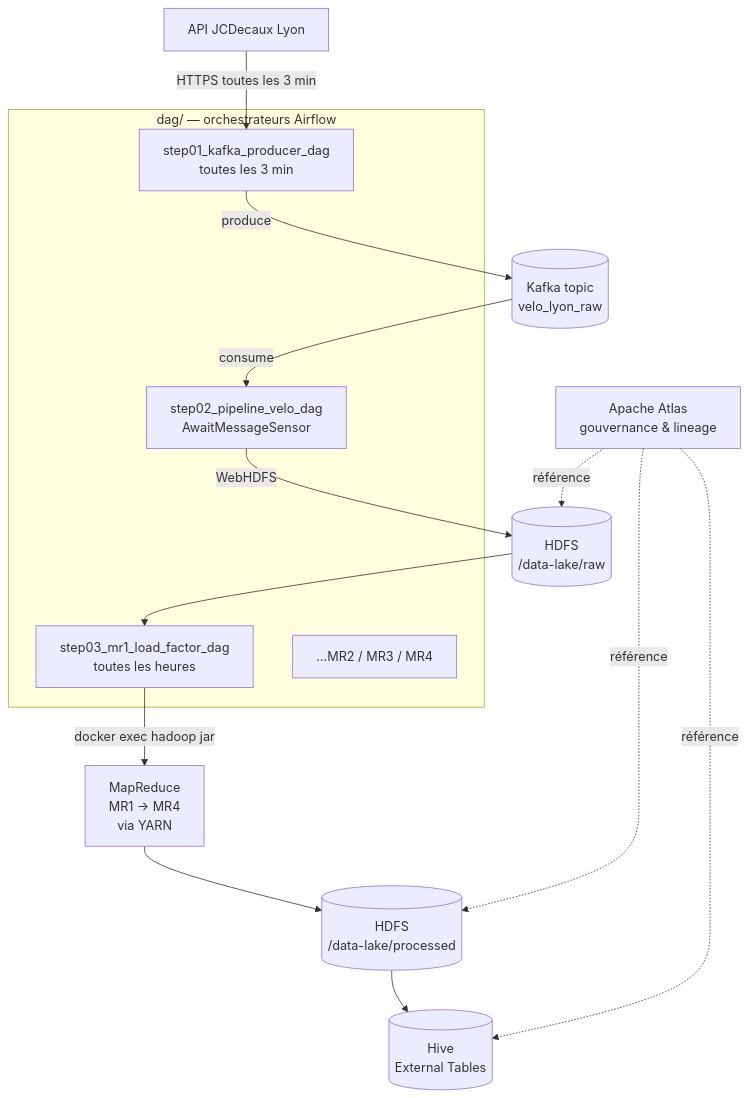
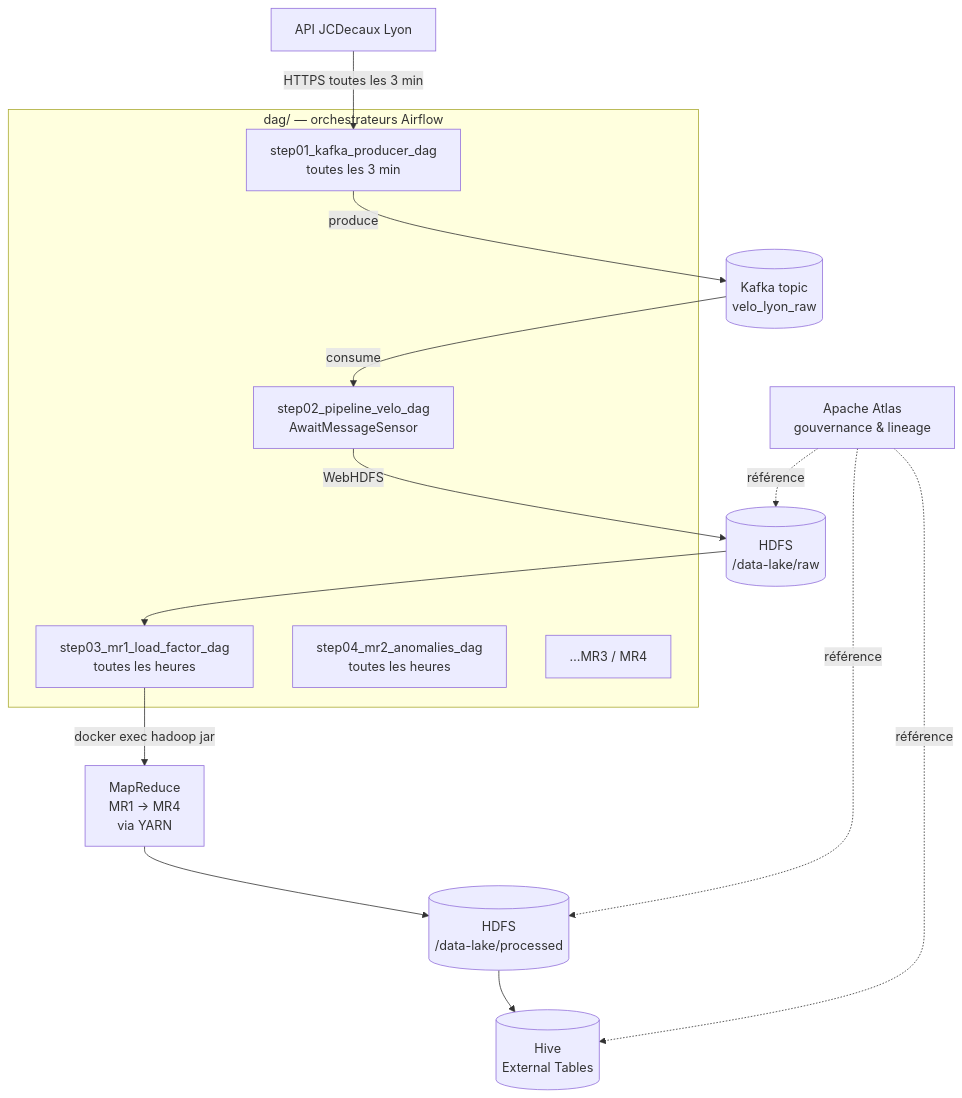
One commit to alexishs/velos_lyon changed the diagram in README.md. Above: the diagram before and after it, drawn with Mermaid. The commit also changed other lines of this file and 4 other files, not shown here.

````diff
--- a/README.md
+++ b/README.md
@@ -20,30 +20,31 @@
 ```mermaid
 flowchart TD
     API[API JCDecaux Lyon]
     KAFKA[(Kafka topic<br/>velo_lyon_raw)]
     RAW[(HDFS<br/>/data-lake/raw)]
     MR[MapReduce<br/>MR1 → MR4<br/>via YARN]
     PROC[(HDFS<br/>/data-lake/processed)]
     HIVE[(Hive<br/>External Tables)]
     ATLAS[Apache Atlas<br/>gouvernance & lineage]
 
     subgraph dags["dag/ — orchestrateurs Airflow"]
         D1[step01_kafka_producer_dag<br/>toutes les 3 min]
         D2[step02_pipeline_velo_dag<br/>AwaitMessageSensor]
         D3[step03_mr1_load_factor_dag<br/>toutes les heures]
-        D4[…MR2 / MR3 / MR4]
+        D4[step04_mr2_anomalies_dag<br/>toutes les heures]
+        D5[…MR3 / MR4]
     end
 
     API -->|HTTPS toutes les 3 min| D1
     D1 -->|produce| KAFKA
     KAFKA -->|consume| D2
     D2 -->|WebHDFS| RAW
     RAW --> D3
     D3 -->|docker exec hadoop jar| MR
     MR --> PROC
     PROC --> HIVE
 
     ATLAS -.référence.-> RAW
     ATLAS -.référence.-> PROC
     ATLAS -.référence.-> HIVE
 ```
````
